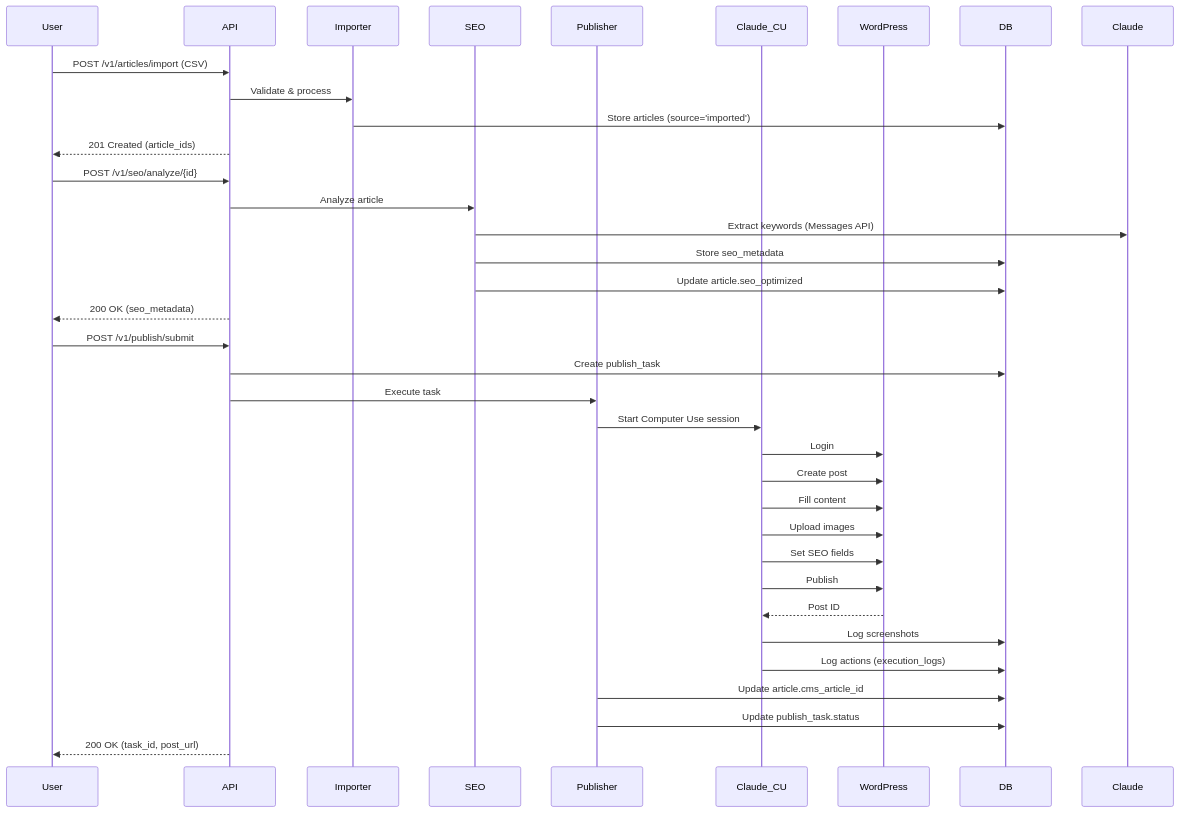
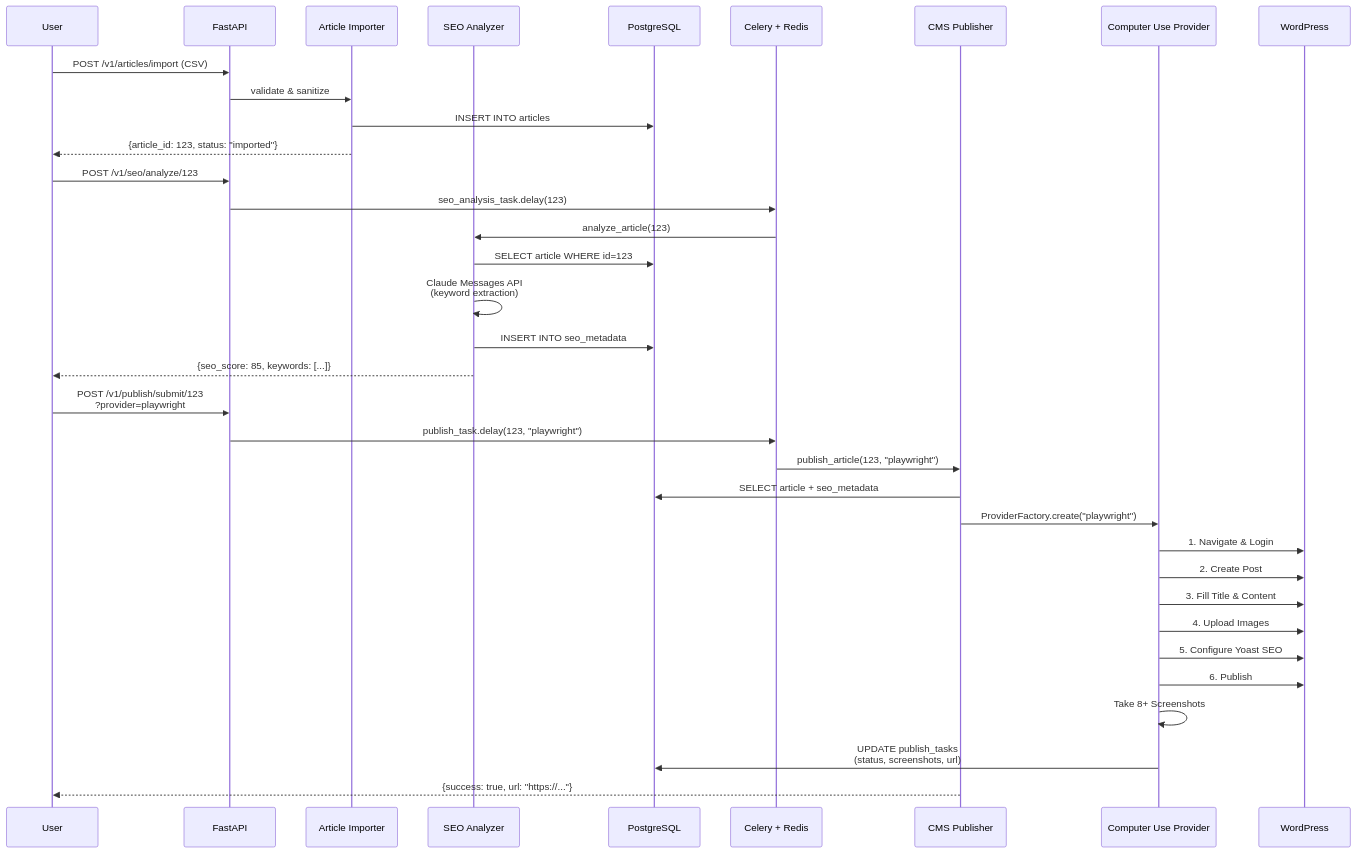
Before and after one commit to kingofalbert/cms-automation: the third of 3 diagrams in specs/001-cms-automation/plan.md, drawn with Mermaid. The commit also changed other lines of this file and 25 other files, not shown here.

````diff
--- a/specs/001-cms-automation/plan.md
+++ b/specs/001-cms-automation/plan.md
@@ -157,43 +279,40 @@
 ```mermaid
 sequenceDiagram
     participant User
-    participant API
-    participant Importer
-    participant SEO
-    participant Publisher
-    participant Claude_CU
-    participant WordPress
-    participant DB
+    participant API as FastAPI
+    participant Importer as Article Importer
+    participant SEO as SEO Analyzer
+    participant DB as PostgreSQL
+    participant Queue as Celery + Redis
+    participant Publisher as CMS Publisher
+    participant Provider as Computer Use Provider
+    participant WP as WordPress
 
-    %% Import Phase
     User->>API: POST /v1/articles/import (CSV)
-    API->>Importer: Validate & process
-    Importer->>DB: Store articles (source='imported')
-    API-->>User: 201 Created (article_ids)
+    API->>Importer: validate & sanitize
+    Importer->>DB: INSERT INTO articles
+    Importer-->>User: {article_id: 123, status: "imported"}
 
-    %% SEO Phase
-    User->>API: POST /v1/seo/analyze/{id}
-    API->>SEO: Analyze article
-    SEO->>Claude: Extract keywords (Messages API)
-    SEO->>DB: Store seo_metadata
-    SEO->>DB: Update article.seo_optimized
-    API-->>User: 200 OK (seo_metadata)
+    User->>API: POST /v1/seo/analyze/123
+    API->>Queue: seo_analysis_task.delay(123)
+    Queue->>SEO: analyze_article(123)
+    SEO->>DB: SELECT article WHERE id=123
+    SEO->>SEO: Claude Messages API<br/>(keyword extraction)
+    SEO->>DB: INSERT INTO seo_metadata
+    SEO-->>User: {seo_score: 85, keywords: [...]}
 
-    %% Publishing Phase
-    User->>API: POST /v1/publish/submit
-    API->>DB: Create publish_task
-    API->>Publisher: Execute task
-    Publisher->>Claude_CU: Start Computer Use session
-    Claude_CU->>WordPress: Login
-    Claude_CU->>WordPress: Create post
-    Claude_CU->>WordPress: Fill content
-    Claude_CU->>WordPress: Upload images
-    Claude_CU->>WordPress: Set SEO fields
-    Claude_CU->>WordPress: Publish
-    WordPress-->>Claude_CU: Post ID
-    Claude_CU->>DB: Log screenshots
-    Claude_CU->>DB: Log actions (execution_logs)
-    Publisher->>DB: Update article.cms_article_id
-    Publisher->>DB: Update publish_task.status
-    API-->>User: 200 OK (task_id, post_url)
+    User->>API: POST /v1/publish/submit/123<br/>?provider=playwright
+    API->>Queue: publish_task.delay(123, "playwright")
+    Queue->>Publisher: publish_article(123, "playwright")
+    Publisher->>DB: SELECT article + seo_metadata
+    Publisher->>Provider: ProviderFactory.create("playwright")
+    Provider->>WP: 1. Navigate & Login
+    Provider->>WP: 2. Create Post
+    Provider->>WP: 3. Fill Title & Content
+    Provider->>WP: 4. Upload Images
+    Provider->>WP: 5. Configure Yoast SEO
+    Provider->>WP: 6. Publish
+    Provider->>Provider: Take 8+ Screenshots
+    Provider->>DB: UPDATE publish_tasks<br/>(status, screenshots, url)
+    Publisher-->>User: {success: true, url: "https://..."}
 ```
````
